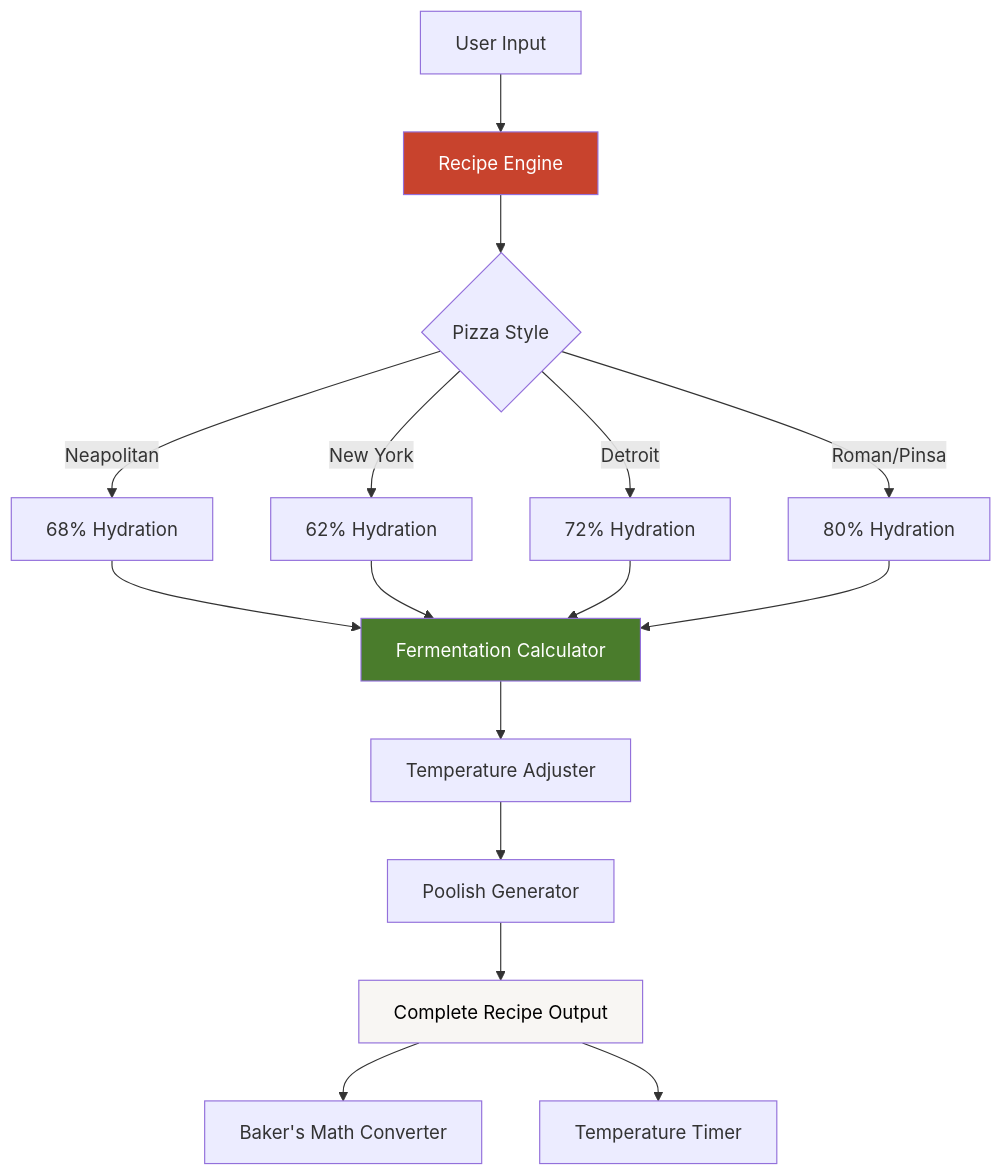
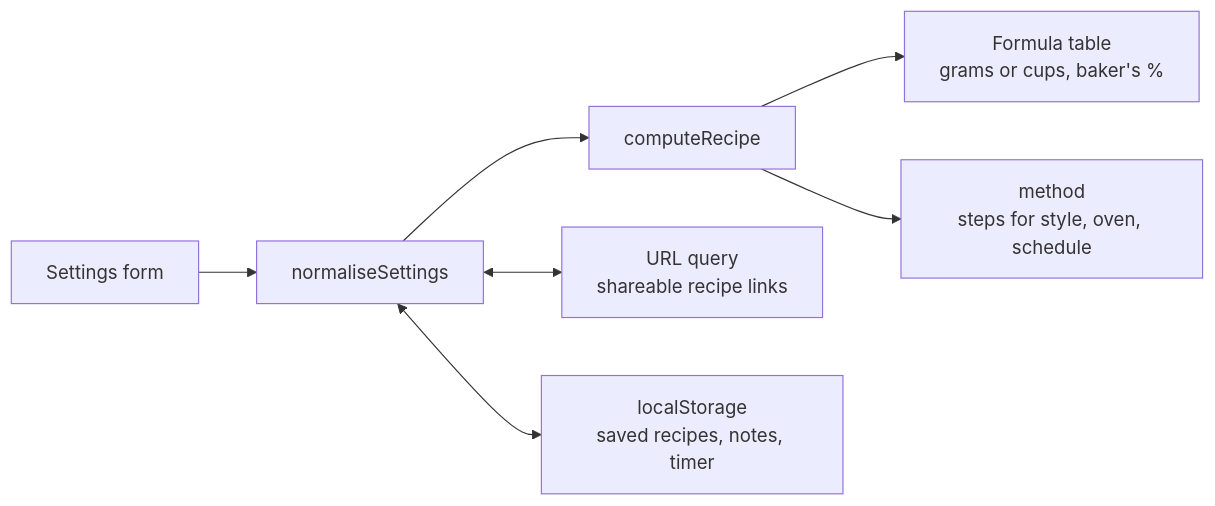
The diagram in README.md (Jfor12/pizza-dough-generator), drawn with Mermaid before and after one commit. The commit also changed other lines of this file and 13 other files, not shown here.

````diff
--- a/README.md
+++ b/README.md
@@ -5,26 +11,9 @@
 ```mermaid
-flowchart TD
-    A[User Input] --> B[Recipe Engine]
-    B --> C{Pizza Style}
-    
-    C -->|Neapolitan| D[68% Hydration]
-    C -->|New York| E[62% Hydration]
-    C -->|Detroit| F[72% Hydration]
-    C -->|Roman/Pinsa| G[80% Hydration]
-    
-    D --> H[Fermentation Calculator]
-    E --> H
-    F --> H
-    G --> H
-    
-    H --> I[Temperature Adjuster]
-    I --> J[Poolish Generator]
-    J --> K[Complete Recipe Output]
-    
-    K --> L[Baker's Math Converter]
-    K --> M[Temperature Timer]
-    
-    style B fill:#C8432D,color:#fff
-    style H fill:#4A7C2C,color:#fff
-    style K fill:#F8F6F3,color:#000
+flowchart LR
+    A[Settings form] --> B[normaliseSettings]
+    B --> C[computeRecipe]
+    C --> D[Formula table<br>grams or cups, baker's %]
+    C --> E[method<br>steps for style, oven, schedule]
+    B <--> F[URL query<br>shareable recipe links]
+    B <--> G[localStorage<br>saved recipes, notes, timer]
 ```
````
